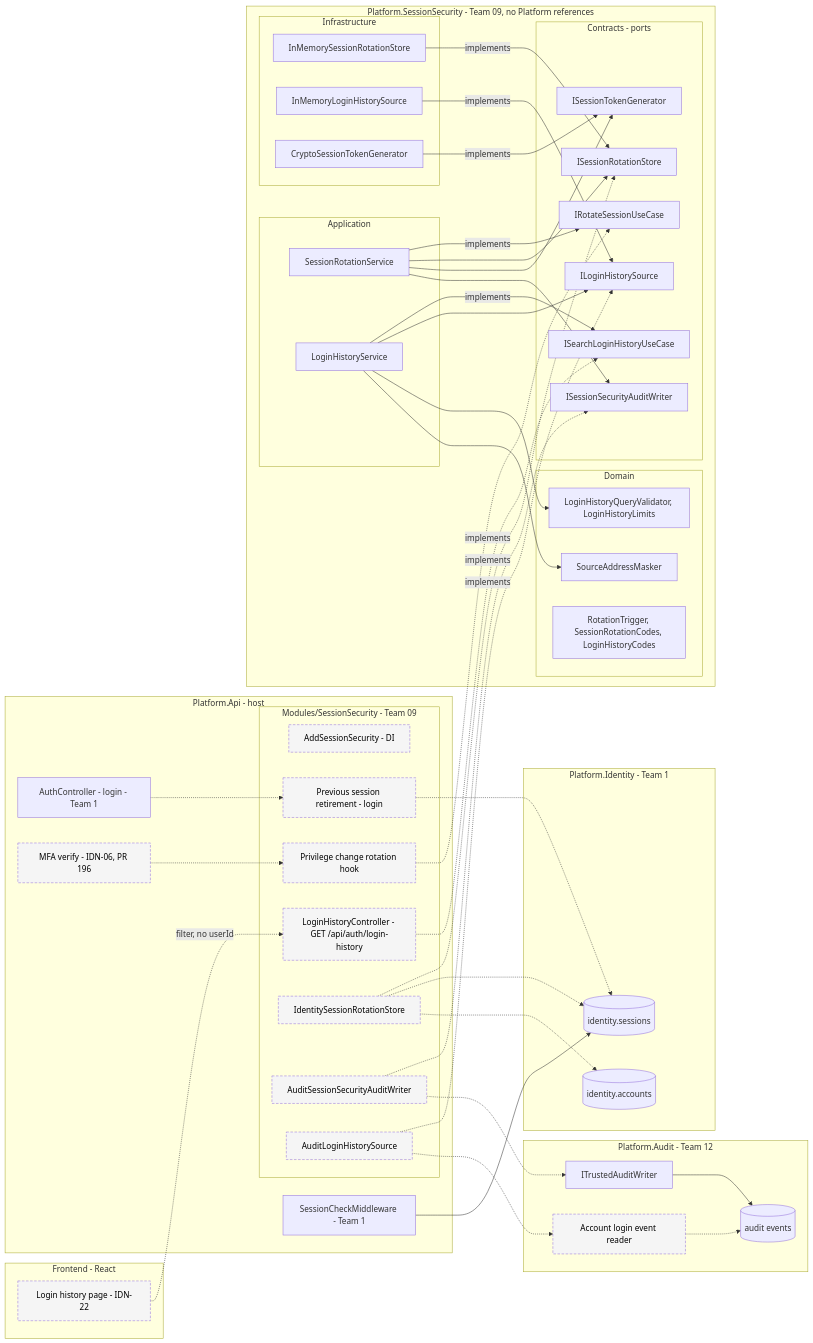
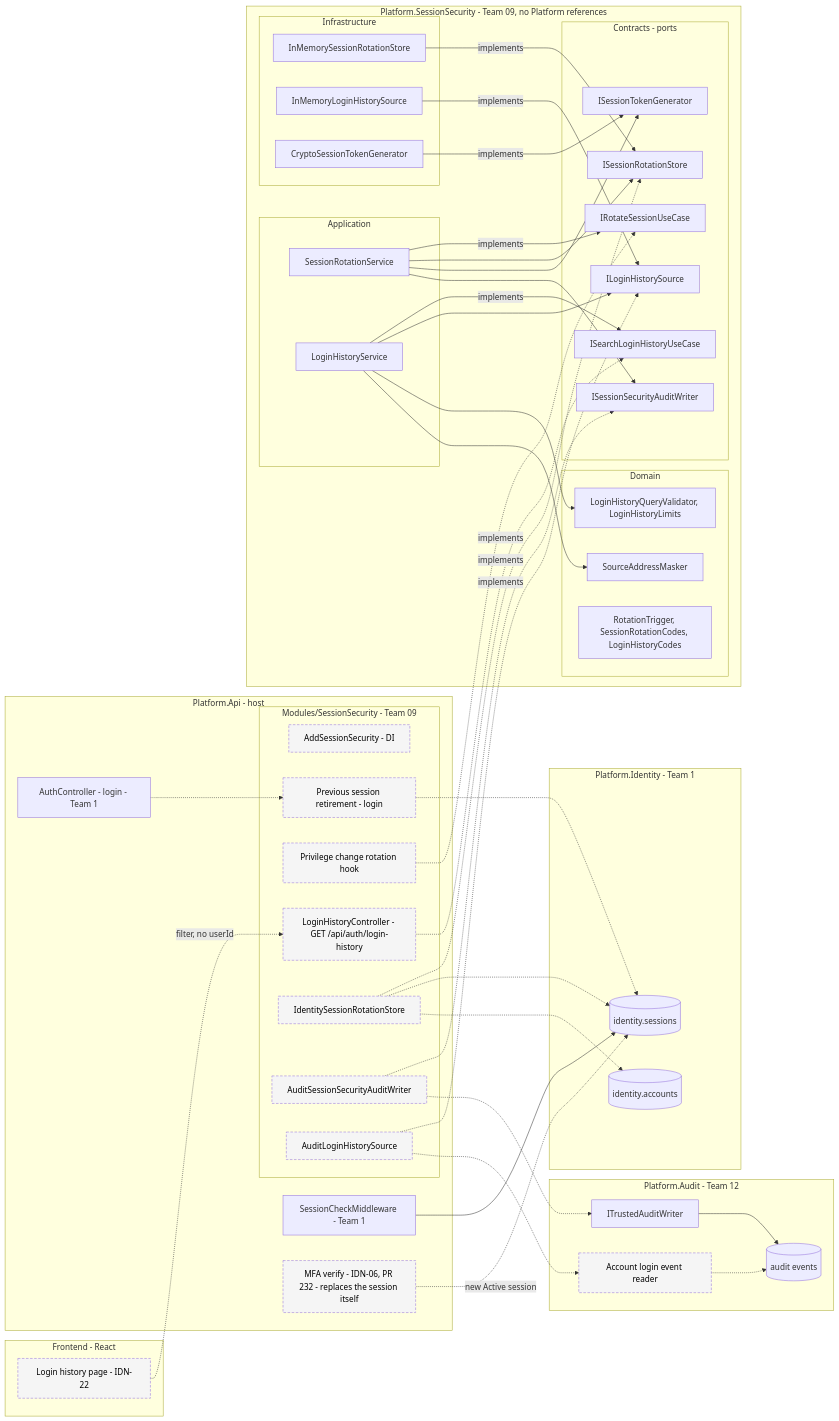
Before and after one commit to owlCoder/security-lab: the first of 2 diagrams in docs/components/identity/IDN-11_IDN-22.md, drawn with Mermaid. The commit also changed other lines of this file, not shown here.

Commit message:
IDN-11: document MFA session replacement and host skeleton trade-offs

```diff
--- a/docs/components/identity/IDN-11_IDN-22.md
+++ b/docs/components/identity/IDN-11_IDN-22.md
@@ -38,7 +38,7 @@
   subgraph HOST["Platform.Api - host"]
     AC["AuthController - login - Team 1"]
     SCM["SessionCheckMiddleware - Team 1"]
-    MFA["MFA verify - IDN-06, PR 196"]
+    MFA["MFA verify - IDN-06, PR 232 - replaces the session itself"]
     subgraph SSH["Modules/SessionSecurity - Team 09"]
       REG["AddSessionSecurity - DI"]
       RET["Previous session retirement - login"]
@@ -98,7 +98,7 @@
   UI -.->|"filter, no userId"| HC
   HC -.-> PU2
   AC -.-> RET
-  MFA -.-> HOOK
+  MFA -.->|"new Active session"| SESS
   HOOK -.-> PU1
   SA -.->|implements| P1
   AA -.->|implements| P3
```
